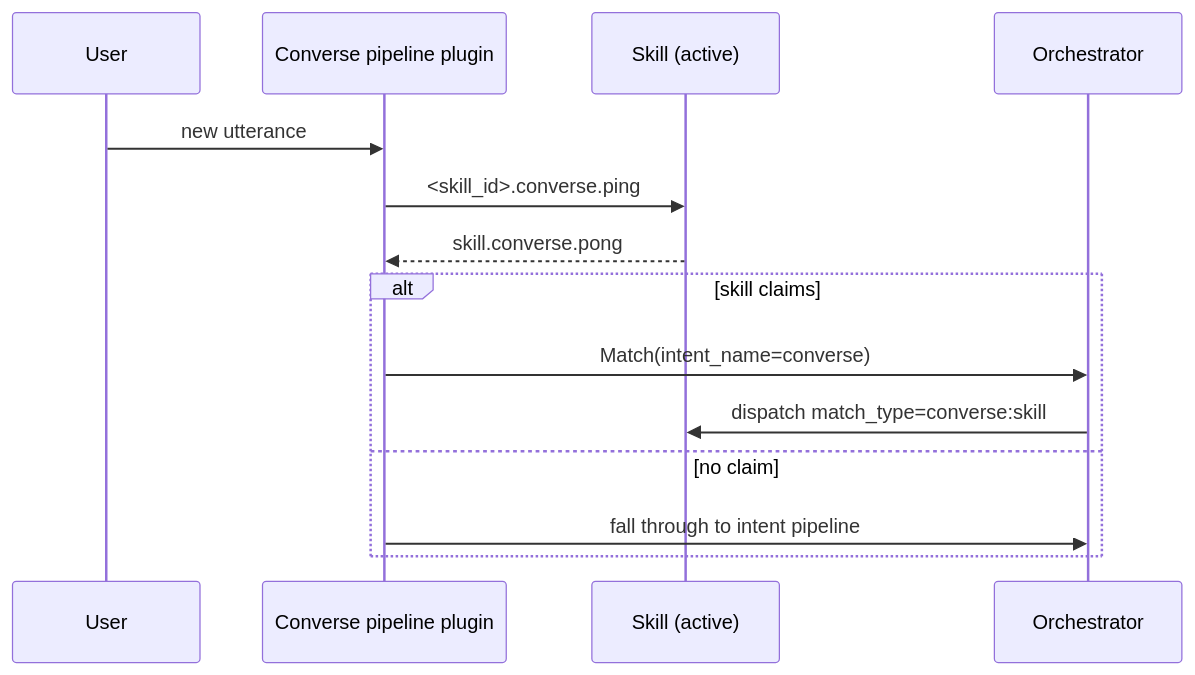
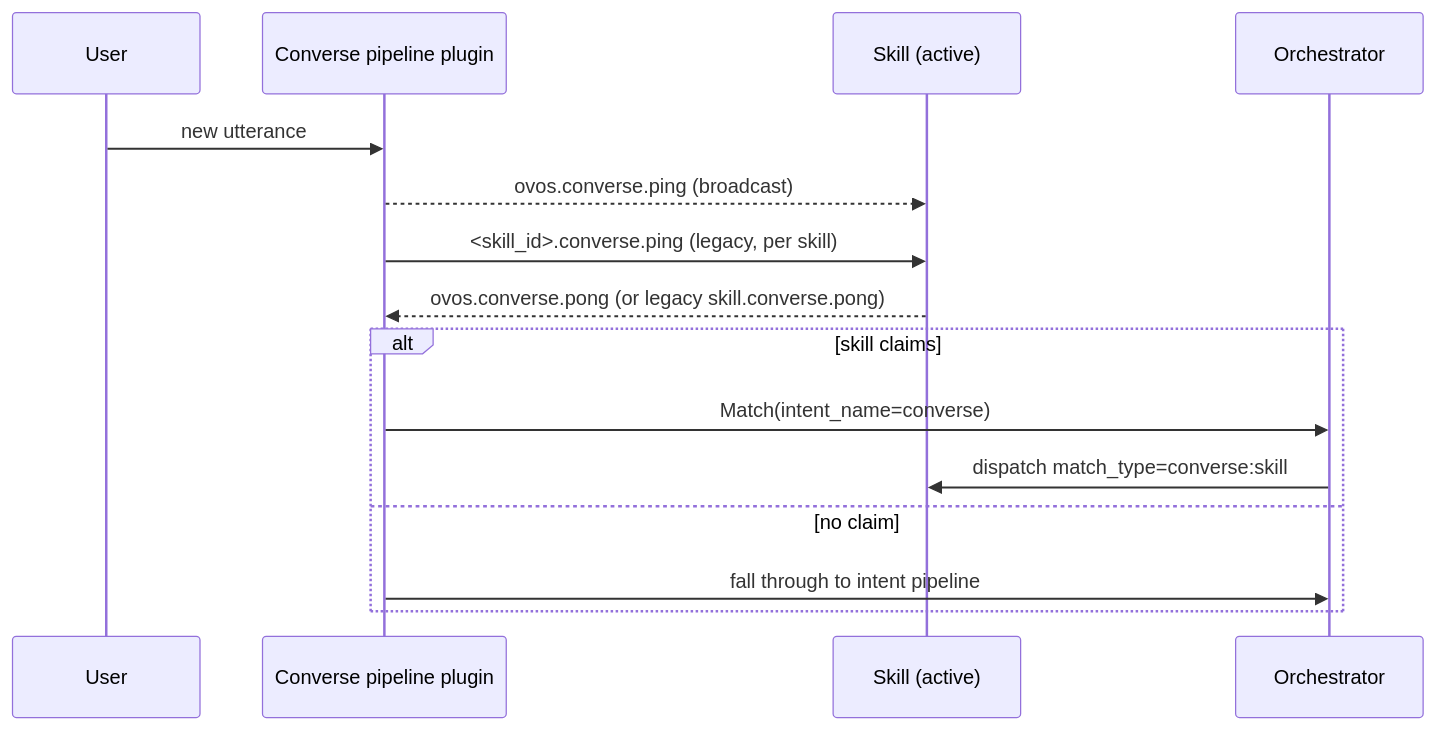
Before and after one commit to OpenVoiceOS/beta-technical-manual: the diagram in docs/converse.md, drawn with Mermaid. The commit also changed 1 other file, not shown here.

Commit message:
docs: show the broadcast converse ping on the skill-side pages
converse.md carried its own copy of the single-leg poll diagram and
skill-classes-reference.md listed only the per-skill ping listener. Skills
register the broadcast ovos.converse.ping listener since ovos-workshop
9.4.0a1 and answer it only when named in the session's active_handlers.

````diff
--- a/docs/converse.md
+++ b/docs/converse.md
@@ -17,16 +17,17 @@
     ```mermaid
     sequenceDiagram
         participant U as User
         participant P as Converse pipeline plugin
         participant S as Skill (active)
         participant O as Orchestrator
         U->>P: new utterance
-        P->>S: <skill_id>.converse.ping
-        S-->>P: skill.converse.pong
+        P-->>S: ovos.converse.ping (broadcast)
+        P->>S: <skill_id>.converse.ping (legacy, per skill)
+        S-->>P: ovos.converse.pong (or legacy skill.converse.pong)
         alt skill claims
             P->>O: Match(intent_name=converse)
             O->>S: dispatch match_type=converse:skill
         else no claim
             P->>O: fall through to intent pipeline
         end
     ```
````
